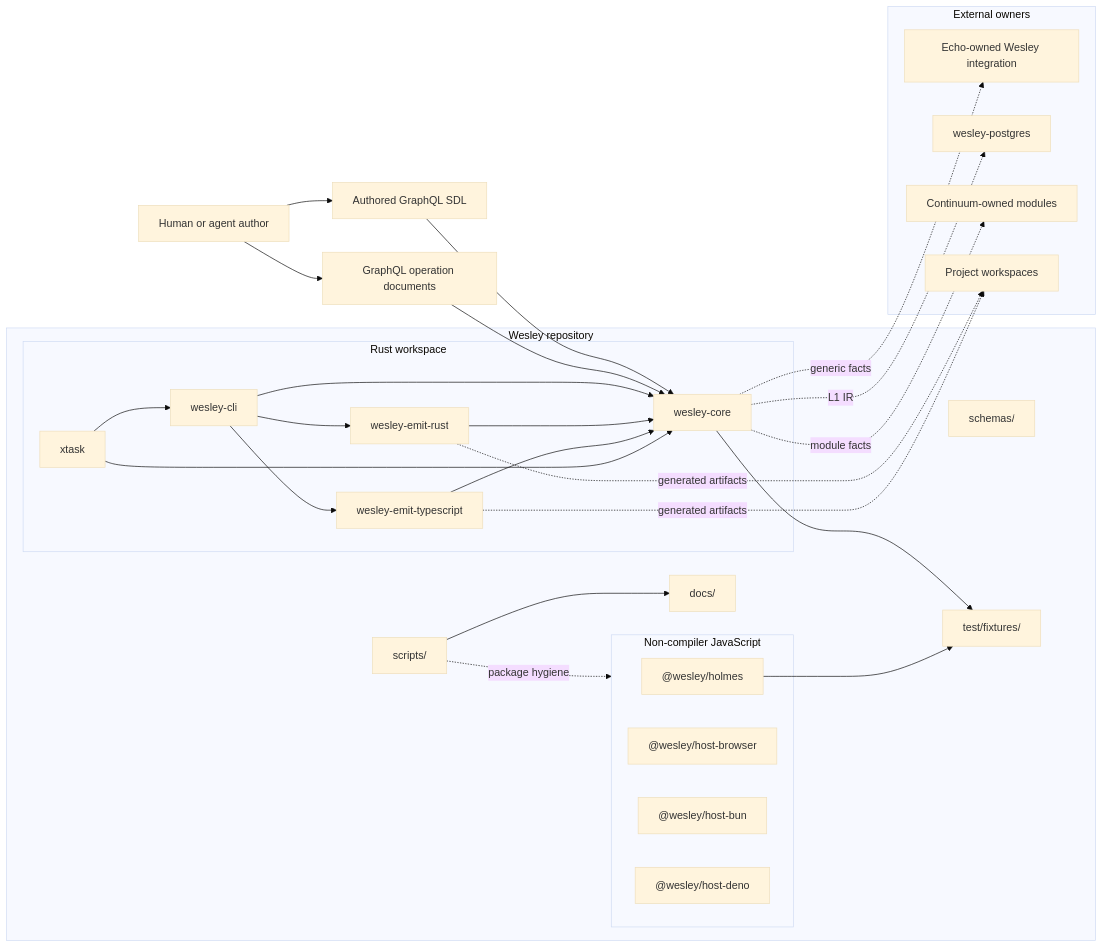
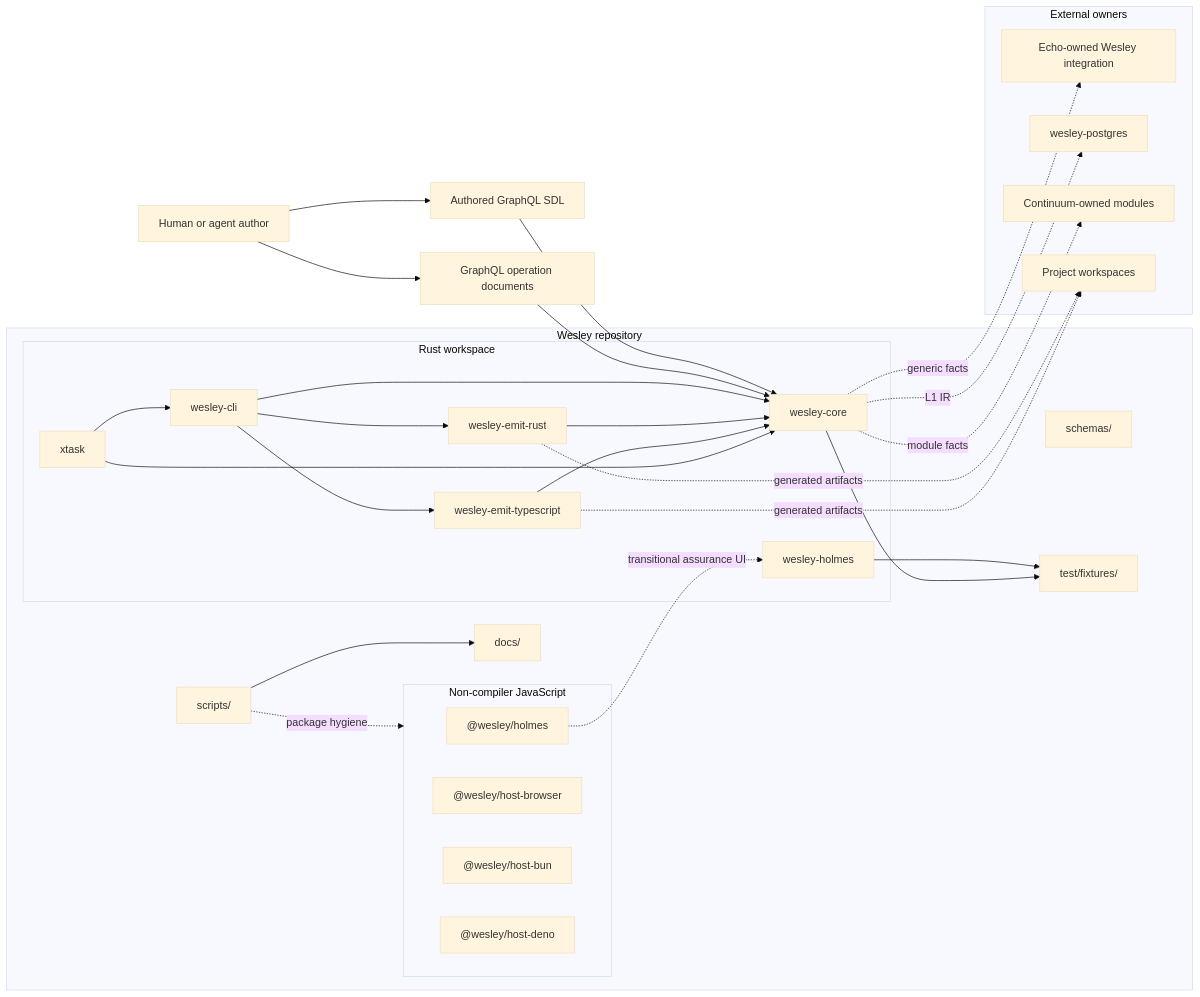
One commit to flyingrobots/wesley changed the first of 9 diagrams in docs/ARCHITECTURE.md. Above: the diagram before and after it, drawn with Mermaid (base theme). The commit also changed other lines of this file and 20 other files, not shown here.

Commit message:
feat(holmes): add Rust assurance foundation

````diff
--- a/docs/ARCHITECTURE.md
+++ b/docs/ARCHITECTURE.md
@@ -49,55 +53,57 @@
 ```mermaid
 flowchart LR
     Author[Human or agent author] --> SDL[Authored GraphQL SDL]
     Author --> OP[GraphQL operation documents]
 
     subgraph WesleyRepo["Wesley repository"]
         subgraph Rust["Rust workspace"]
             Core[wesley-core]
             RustEmitter[wesley-emit-rust]
             TsEmitter[wesley-emit-typescript]
+            RustHolmes[wesley-holmes]
             NativeCli[wesley-cli]
             Xtask[xtask]
         end
 
         subgraph JS["Non-compiler JavaScript"]
             Holmes["@wesley/holmes"]
             Browser["@wesley/host-browser"]
             Bun["@wesley/host-bun"]
             Deno["@wesley/host-deno"]
         end
 
         Docs[docs/]
         Schemas[schemas/]
         Fixtures[test/fixtures/]
         Scripts[scripts/]
     end
 
     subgraph External["External owners"]
         Echo[Echo-owned Wesley integration]
         Postgres[wesley-postgres]
         Continuum[Continuum-owned modules]
         Apps[Project workspaces]
     end
 
     SDL --> Core
     OP --> Core
     NativeCli --> Core
     NativeCli --> RustEmitter
     NativeCli --> TsEmitter
     RustEmitter --> Core
     TsEmitter --> Core
+    RustHolmes --> Fixtures
     Xtask --> NativeCli
     Xtask --> Core
 
     Core --> Fixtures
-    Holmes --> Fixtures
+    Holmes -. transitional assurance UI .-> RustHolmes
     Scripts --> Docs
     Scripts -. package hygiene .-> JS
 
     Core -. generic facts .-> Echo
     Core -. L1 IR .-> Postgres
     Core -. module facts .-> Continuum
     RustEmitter -. generated artifacts .-> Apps
     TsEmitter -. generated artifacts .-> Apps
 ```
````
